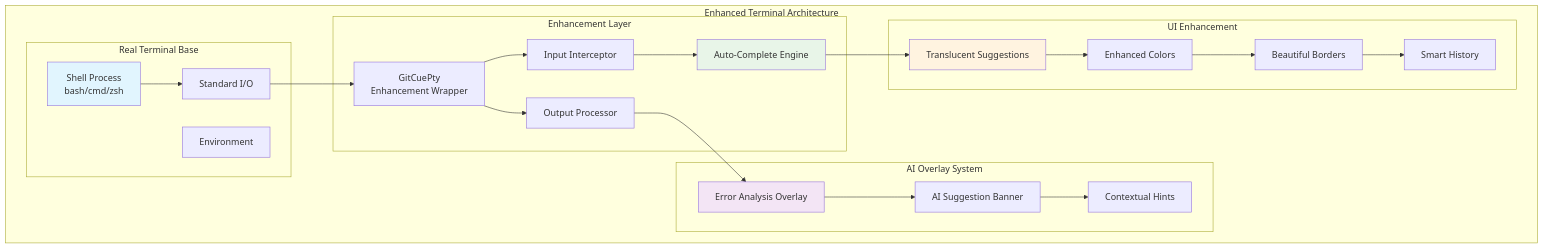
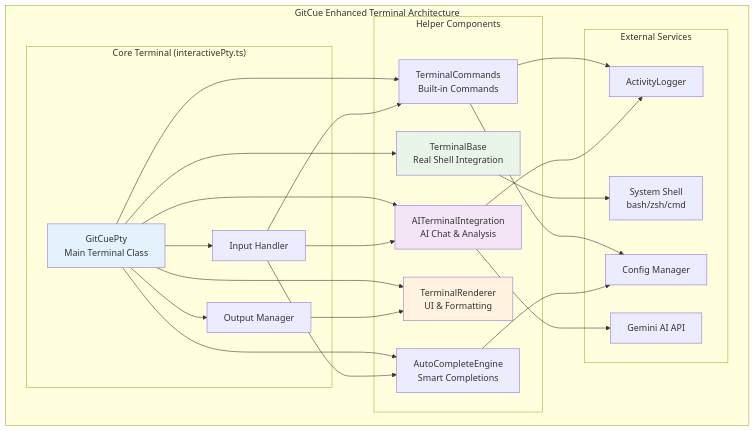
One commit to sbeeredd04/auto-git changed the diagram in gitcue/src/terminal/README.md. Above: the diagram before and after it, drawn with Mermaid. The commit also changed other lines of this file and 7 other files, not shown here.

First line of the commit message:
feat(terminal): Refactor terminal with AI integration

````diff
--- a/gitcue/src/terminal/README.md
+++ b/gitcue/src/terminal/README.md
@@ -7,51 +7,50 @@
 ```mermaid
 graph TB
-    subgraph "Enhanced Terminal Architecture"
-        subgraph "Real Terminal Base"
-            SHELL[Shell Process<br/>bash/cmd/zsh]
-            STDIO[Standard I/O]
-            ENV[Environment]
+    subgraph "GitCue Enhanced Terminal Architecture"
+        subgraph "Core Terminal (interactivePty.ts)"
+            MAIN[GitCuePty<br/>Main Terminal Class]
+            INPUT[Input Handler]
+            OUTPUT[Output Manager]
         end
         
-        subgraph "Enhancement Layer"
-            PTY[GitCuePty<br/>Enhancement Wrapper]
-            INPUT[Input Interceptor]
-            OUTPUT[Output Processor]
-            AUTOCOMPLETE[Auto-Complete Engine]
+        subgraph "Helper Components"
+            BASE[TerminalBase<br/>Real Shell Integration]
+            COMPLETE[AutoCompleteEngine<br/>Smart Completions]
+            AI[AITerminalIntegration<br/>AI Chat & Analysis]
+            COMMANDS[TerminalCommands<br/>Built-in Commands]
+            RENDER[TerminalRenderer<br/>UI & Formatting]
         end
         
-        subgraph "AI Overlay System"
-            ERROR_AI[Error Analysis Overlay]
-            AI_BANNER[AI Suggestion Banner]
-            SMART_HINTS[Contextual Hints]
-        end
-        
-        subgraph "UI Enhancement"
-            TRANSLUCENT[Translucent Suggestions]
-            COLORS[Enhanced Colors]
-            BORDERS[Beautiful Borders]
-            HISTORY[Smart History]
+        subgraph "External Services"
+            ACTIVITY[ActivityLogger]
+            CONFIG[Config Manager]
+            GEMINI[Gemini AI API]
+            SHELL[System Shell<br/>bash/zsh/cmd]
         end
     end
     
-    SHELL --> STDIO
-    STDIO --> PTY
-    PTY --> INPUT
-    PTY --> OUTPUT
+    MAIN --> INPUT
+    MAIN --> OUTPUT
+    INPUT --> COMPLETE
+    INPUT --> COMMANDS
+    INPUT --> AI
+    OUTPUT --> RENDER
     
-    INPUT --> AUTOCOMPLETE
-    OUTPUT --> ERROR_AI
+    BASE --> SHELL
+    COMPLETE --> CONFIG
+    AI --> GEMINI
+    AI --> ACTIVITY
+    COMMANDS --> CONFIG
+    COMMANDS --> ACTIVITY
     
-    AUTOCOMPLETE --> TRANSLUCENT
-    ERROR_AI --> AI_BANNER
-    AI_BANNER --> SMART_HINTS
+    MAIN --> BASE
+    MAIN --> COMPLETE
+    MAIN --> AI
+    MAIN --> COMMANDS
+    MAIN --> RENDER
     
-    TRANSLUCENT --> COLORS
-    COLORS --> BORDERS
-    BORDERS --> HISTORY
-    
-    style SHELL fill:#e1f5fe
-    style ERROR_AI fill:#f3e5f5
-    style AUTOCOMPLETE fill:#e8f5e8
-    style TRANSLUCENT fill:#fff3e0
+    style MAIN fill:#e3f2fd
+    style BASE fill:#e8f5e8
+    style AI fill:#f3e5f5
+    style RENDER fill:#fff3e0
 ```
````
